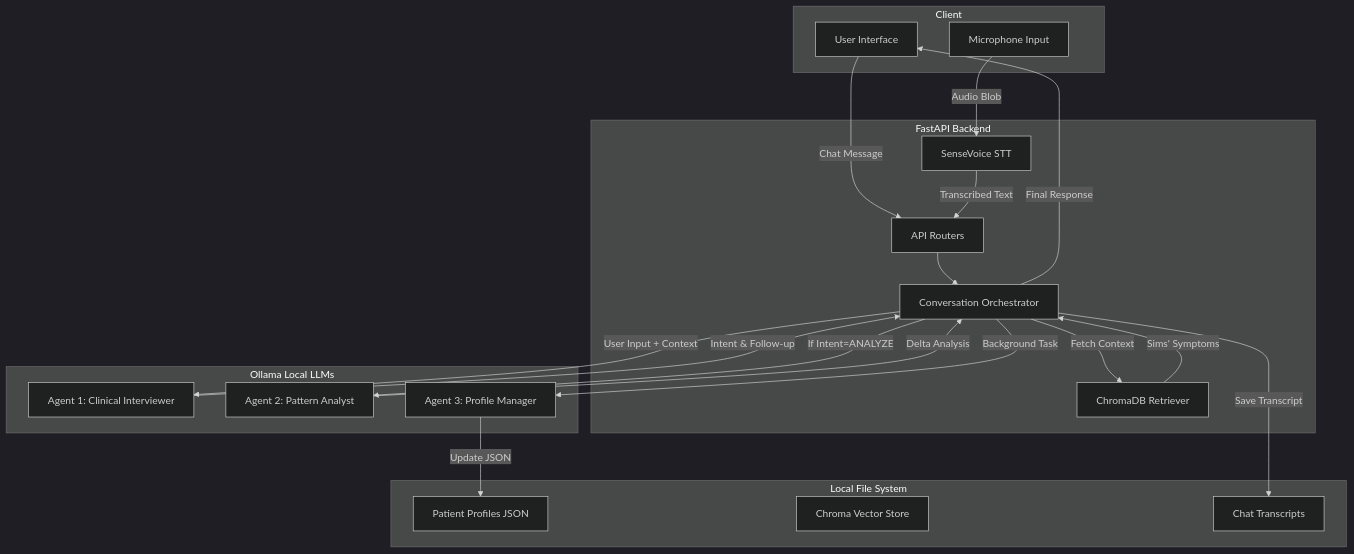
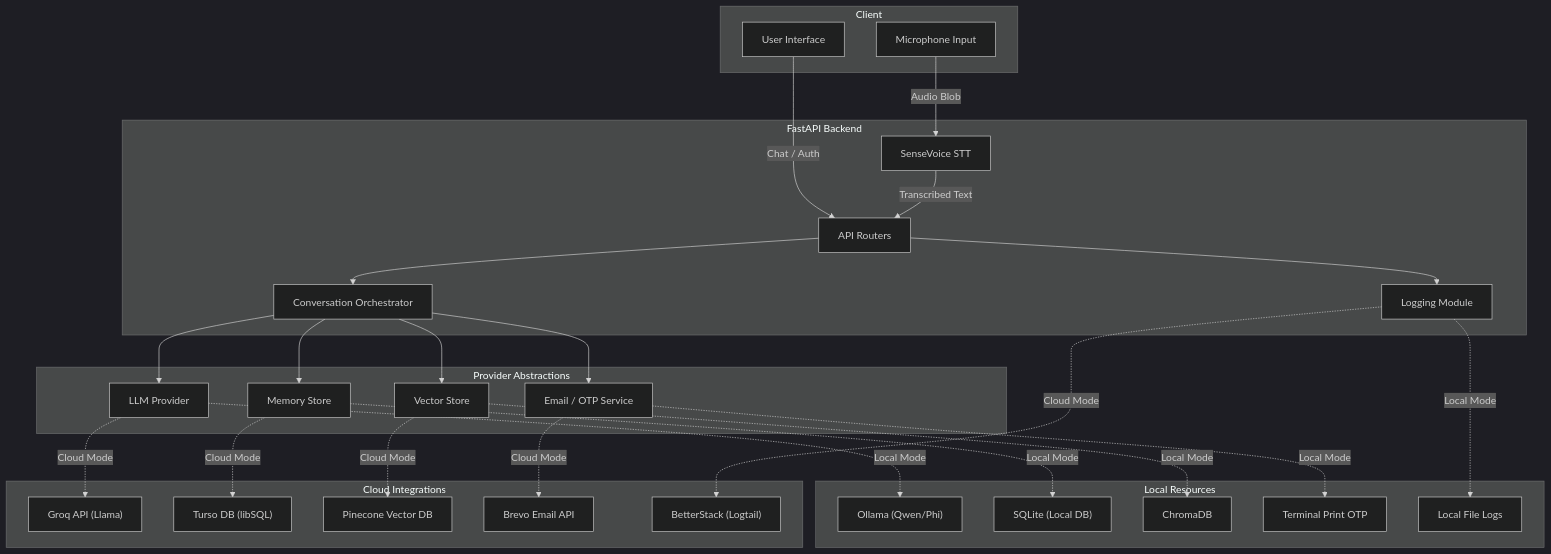
The diagram in ARCHITECTURE.md (Amogh1221/Serinity), drawn with Mermaid (dark theme) before and after one commit. The commit also changed other lines of this file and 54 other files, not shown here.

````diff
--- a/ARCHITECTURE.md
+++ b/ARCHITECTURE.md
@@ -7,52 +7,72 @@
 ```mermaid
 graph TD
     %% Frontend Components
     subgraph Frontend ["Client"]
         A["User Interface"]
         Mic["Microphone Input"]
     end
 
     %% Backend API Layer
     subgraph Backend ["FastAPI Backend"]
         Router["API Routers"]
         AudioProc["SenseVoice STT"]
         CO["Conversation Orchestrator"]
-        RAG["ChromaDB Retriever"]
+        Logger["Logging Module"]
     end
 
-    %% Multi-Agent LLM Layer
-    subgraph MultiAgent ["Ollama Local LLMs"]
-        LLM1["Agent 1: Clinical Interviewer"]
-        LLM2["Agent 2: Pattern Analyst"]
-        LLM3["Agent 3: Profile Manager"]
+    %% Abstraction Layer
+    subgraph Interfaces ["Provider Abstractions"]
+        LLM_Interface["LLM Provider"]
+        DB_Interface["Memory Store"]
+        Vec_Interface["Vector Store"]
+        Email_Interface["Email / OTP Service"]
     end
 
-    %% Storage Layer
-    subgraph Storage ["Local File System"]
-        PD["Patient Profiles JSON"]
-        VD["Chroma Vector Store"]
-        History["Chat Transcripts"]
+    %% Local Providers (CLOUD_MODE = false)
+    subgraph Local ["Local Resources"]
+        Ollama["Ollama (Qwen/Phi)"]
+        SQLite["SQLite (Local DB)"]
+        Chroma["ChromaDB"]
+        LocalPrint["Terminal Print OTP"]
+        FileLog["Local File Logs"]
+    end
+
+    %% Cloud Providers (CLOUD_MODE = true)
+    subgraph Cloud ["Cloud Integrations"]
+        Groq["Groq API (Llama)"]
+        Turso["Turso DB (libSQL)"]
+        Pinecone["Pinecone Vector DB"]
+        Brevo["Brevo Email API"]
+        BetterStack["BetterStack (Logtail)"]
     end
 
     %% Data Flow
-    A -->|Chat Message| Router
+    A -->|Chat / Auth| Router
     Mic -->|Audio Blob| AudioProc
     AudioProc -->|Transcribed Text| Router
     
     Router --> CO
+    Router --> Logger
     
-    CO -->|Fetch Context| RAG
-    RAG -->|Sims' Symptoms| CO
-    
-    CO -->|User Input + Context| LLM1
-    LLM1 -->|Intent & Follow-up| CO
-    
-    CO -->|If Intent=ANALYZE| LLM2
-    LLM2 -->|Delta Analysis| CO
-    
-    CO -->|Background Task| LLM3
-    LLM3 -->|Update JSON| PD
-    
-    CO -->|Final Response| A
-    CO -->|Save Transcript| History
+    %% Provider Routing
+    CO --> LLM_Interface
+    CO --> DB_Interface
+    CO --> Vec_Interface
+    CO --> Email_Interface
+
+    %% Conditional Routing
+    LLM_Interface -.->|Cloud Mode| Groq
+    LLM_Interface -.->|Local Mode| Ollama
+
+    DB_Interface -.->|Cloud Mode| Turso
+    DB_Interface -.->|Local Mode| SQLite
+
+    Vec_Interface -.->|Cloud Mode| Pinecone
+    Vec_Interface -.->|Local Mode| Chroma
+
+    Email_Interface -.->|Cloud Mode| Brevo
+    Email_Interface -.->|Local Mode| LocalPrint
+
+    Logger -.->|Cloud Mode| BetterStack
+    Logger -.->|Local Mode| FileLog
 ```
````
